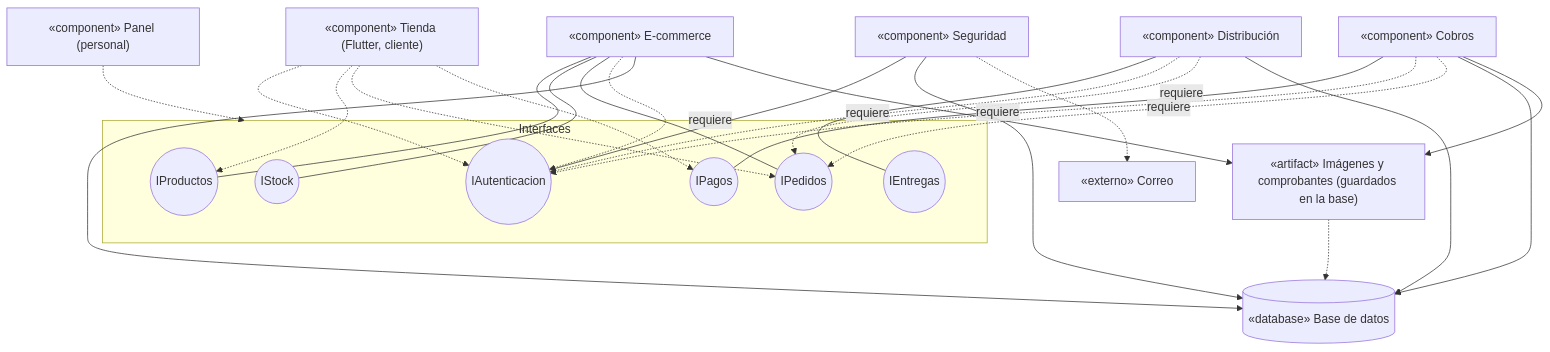
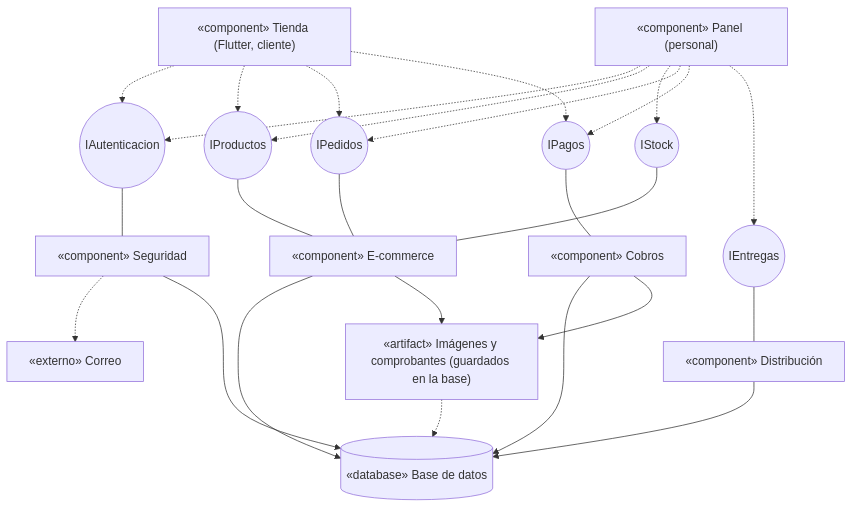
One commit to Anton10-AR/DulcesAromas changed the eighth of 12 diagrams in docs/04-modelos-uml.md. Above: the diagram before and after it, drawn with Mermaid. The commit also changed other lines of this file, not shown here.

Commit message:
Modelos UML: atributos con nota sin paréntesis para que Mermaid no los tome como métodos; componentes en dos diagramas más legibles (RNF17)

````diff
--- a/docs/04-modelos-uml.md
+++ b/docs/04-modelos-uml.md
@@ -423,37 +423,28 @@
 ```mermaid
 flowchart TB
   Tienda["«component» Tienda (Flutter, cliente)"]
   Panel["«component» Panel (personal)"]
-  subgraph Interfaces
-    IAut((IAutenticacion))
-    IProd((IProductos))
-    IStock((IStock))
-    IPed((IPedidos))
-    IPag((IPagos))
-    IEnt((IEntregas))
-  end
+  IAut((IAutenticacion))
+  IProd((IProductos))
+  IStock((IStock))
+  IPed((IPedidos))
+  IPag((IPagos))
+  IEnt((IEntregas))
   Seg["«component» Seguridad"]
   Eco["«component» E-commerce"]
   Cob["«component» Cobros"]
   Dis["«component» Distribución"]
+  Correo["«externo» Correo"]
   BD[("«database» Base de datos")]
   Arch["«artifact» Imágenes y comprobantes (guardados en la base)"]
-  Correo["«externo» Correo"]
   Tienda -.-> IAut & IProd & IPed & IPag
-  Panel -.-> Interfaces
-  Seg --- IAut
-  Eco --- IProd & IStock & IPed
-  Cob --- IPag
-  Dis --- IEnt
-  Eco -.->|requiere| IAut
-  Cob -.->|requiere| IAut & IPed
-  Dis -.->|requiere| IAut & IPed
-  Seg --> BD
-  Eco --> BD
-  Cob --> BD
-  Dis --> BD
-  Eco --> Arch
-  Cob --> Arch
+  Panel -.-> IAut & IProd & IStock & IPed & IPag & IEnt
+  IAut --- Seg
+  IProd & IStock & IPed --- Eco
+  IPag --- Cob
+  IEnt --- Dis
+  Seg -.-> Correo
+  Seg & Eco & Cob & Dis --> BD
+  Eco & Cob --> Arch
   Arch -.-> BD
-  Seg -.-> Correo
 ```
````
